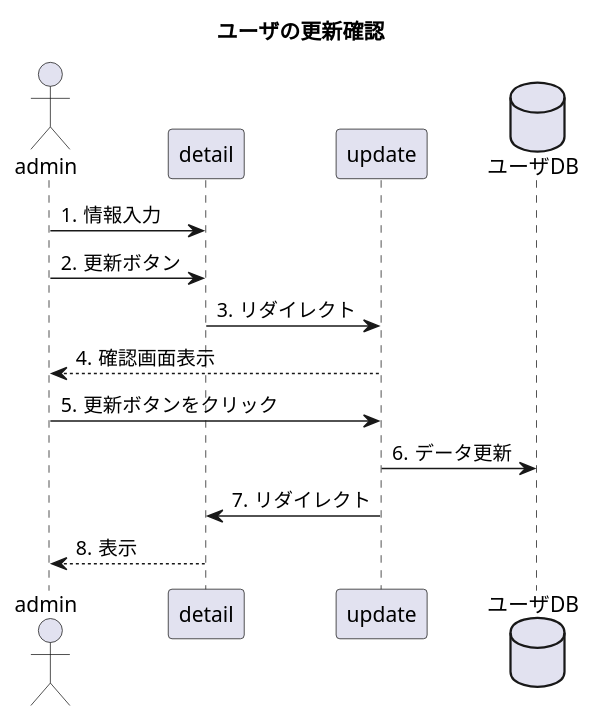
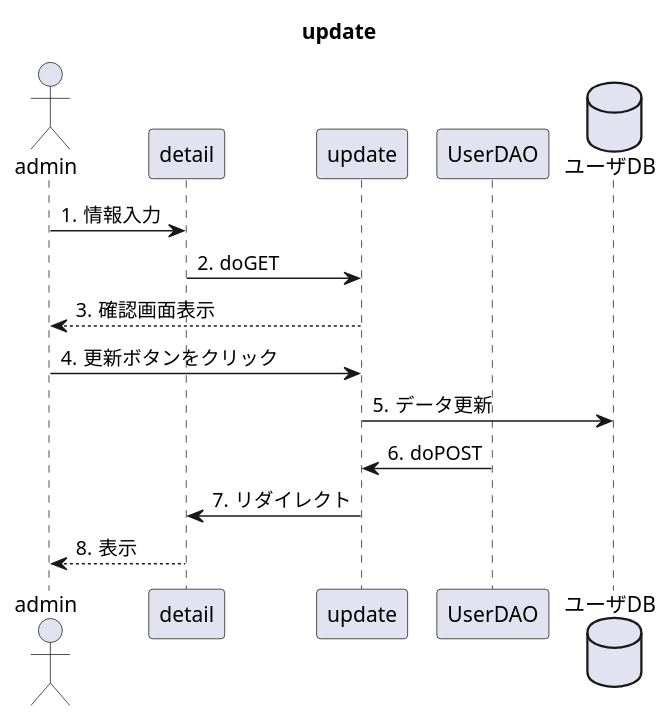
Before and after one commit to toufu66/ProjectC: the diagram in uml_detail/seq_update.pu, drawn with PlantUML.

Commit message:
軽微な修正

```diff
--- a/uml_detail/seq_update.pu
+++ b/uml_detail/seq_update.pu
@@ -1,19 +1,20 @@
 @startuml
-title ユーザの更新確認
+title update
 
 autonumber "#."
 
 actor admin
 participant detail
 participant update
+participant UserDAO
 database ユーザDB
 
 admin -> detail:情報入力
-admin -> detail:更新ボタン
-detail -> update:リダイレクト
+detail -> update:doGET
 update --> admin:確認画面表示
 admin ->update:更新ボタンをクリック
 update -> ユーザDB:データ更新
+UserDAO -> update:doPOST
 update -> detail:リダイレクト
 detail --> admin:表示
 @enduml
```
